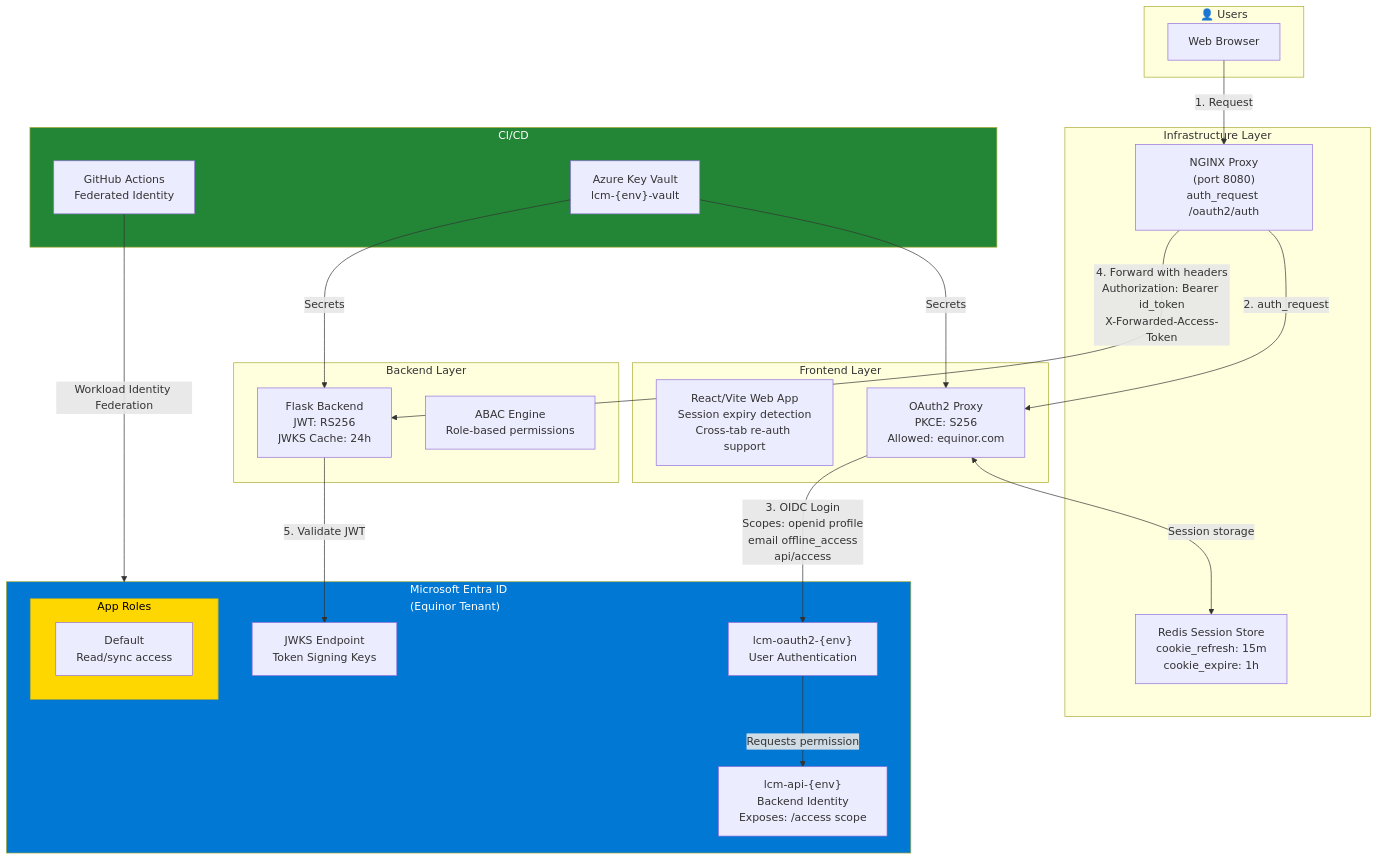
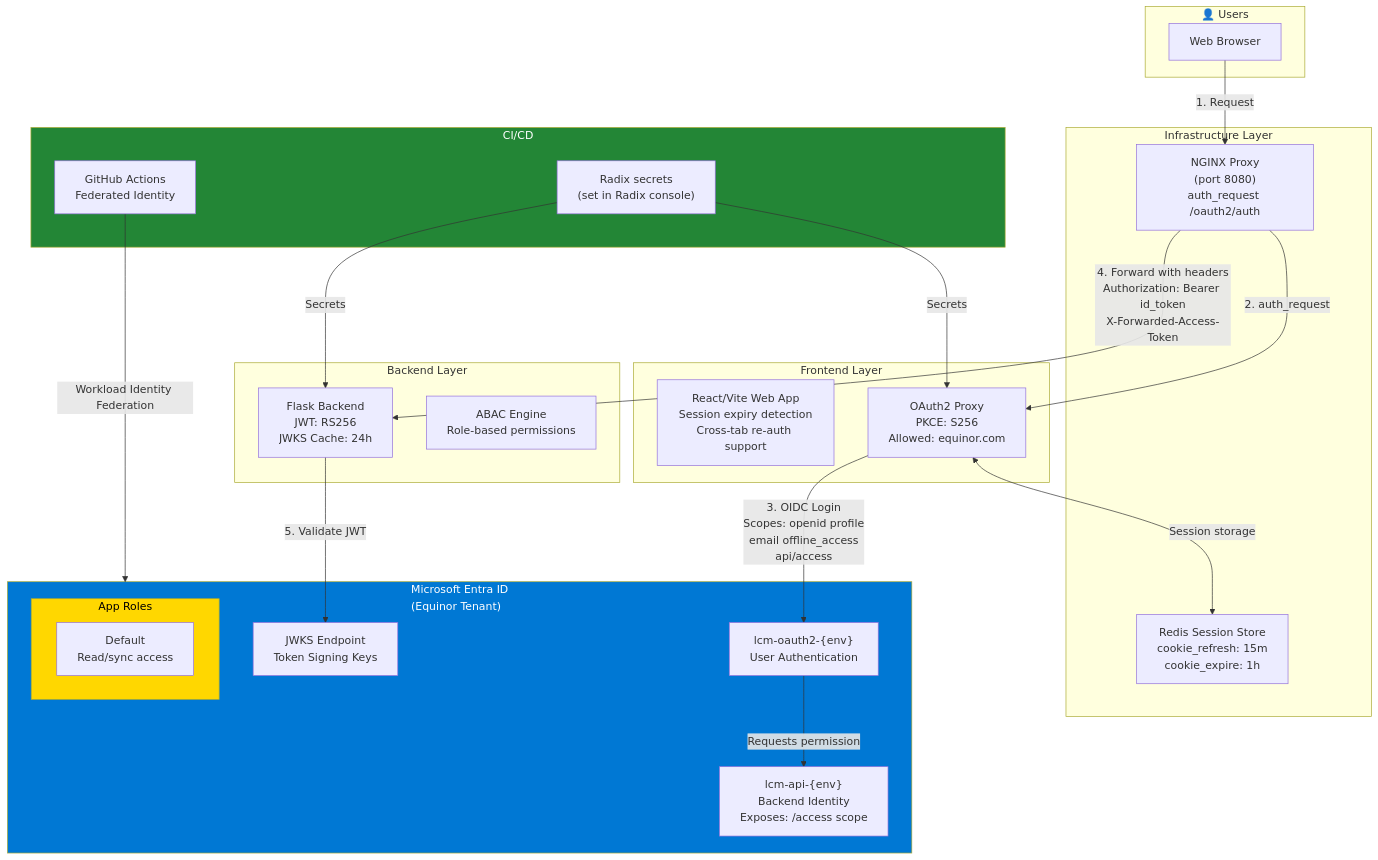
Before and after one commit to equinor/lcm: the first of 3 diagrams in docs/operators/runbook/authentication.md, drawn with Mermaid. The commit also changed 4 other files, not shown here.

First line of the commit message:
docs: update runbook for GHCR images, dev environment and release flow

````diff
--- a/docs/operators/runbook/authentication.md
+++ b/docs/operators/runbook/authentication.md
@@ -7,54 +7,54 @@
 ```mermaid
 flowchart TB
     subgraph Users["👤 Users"]
         Browser["Web Browser"]
     end
 
     subgraph Infrastructure["Infrastructure Layer"]
         NGINX["NGINX Proxy<br/>(port 8080)<br/>auth_request /oauth2/auth"]
         Redis["Redis Session Store<br/>cookie_refresh: 15m<br/>cookie_expire: 1h"]
     end
 
     subgraph Frontend["Frontend Layer"]
         Web["React/Vite Web App<br/>Session expiry detection<br/>Cross-tab re-auth support"]
         OAuth2Proxy["OAuth2 Proxy<br/>PKCE: S256<br/>Allowed: equinor.com"]
     end
 
     subgraph Backend["Backend Layer"]
         API["Flask Backend<br/>JWT: RS256<br/>JWKS Cache: 24h"]
         ABAC["ABAC Engine<br/>Role-based permissions"]
     end
 
     subgraph EntraID["Microsoft Entra ID<br/>(Equinor Tenant)"]
         JWKS["JWKS Endpoint<br/>Token Signing Keys"]
 
         OAuthApp["lcm-oauth2-{env}<br/>User Authentication"]
         APIApp["lcm-api-{env}<br/>Backend Identity<br/>Exposes: /access scope"]
 
         subgraph Roles["App Roles"]
             RoleReader["Default<br/>Read/sync access"]
         end
     end
 
     subgraph CICD["CI/CD"]
         GitHub["GitHub Actions<br/>Federated Identity"]
-        KeyVault["Azure Key Vault<br/>lcm-{env}-vault"]
+        RadixSecrets["Radix secrets<br/>(set in Radix console)"]
     end
 
     Browser -->|"1. Request"| NGINX
     NGINX -->|"2. auth_request"| OAuth2Proxy
     OAuth2Proxy <-->|"Session storage"| Redis
     OAuth2Proxy -->|"3. OIDC Login<br/>Scopes: openid profile<br/>email offline_access<br/>api/access"| OAuthApp
     OAuthApp -->|"Requests permission"| APIApp
 
     NGINX -->|"4. Forward with headers<br/>Authorization: Bearer id_token<br/>X-Forwarded-Access-Token"| API
     API -->|"5. Validate JWT"| JWKS
 
     GitHub -->|"Workload Identity Federation"| EntraID
-    KeyVault -->|"Secrets"| OAuth2Proxy
-    KeyVault -->|"Secrets"| API
+    RadixSecrets -->|"Secrets"| OAuth2Proxy
+    RadixSecrets -->|"Secrets"| API
 
     style EntraID fill:#0078d4,color:#fff
     style Roles fill:#ffd700,color:#000
     style CICD fill:#238636,color:#fff
 ```
````
